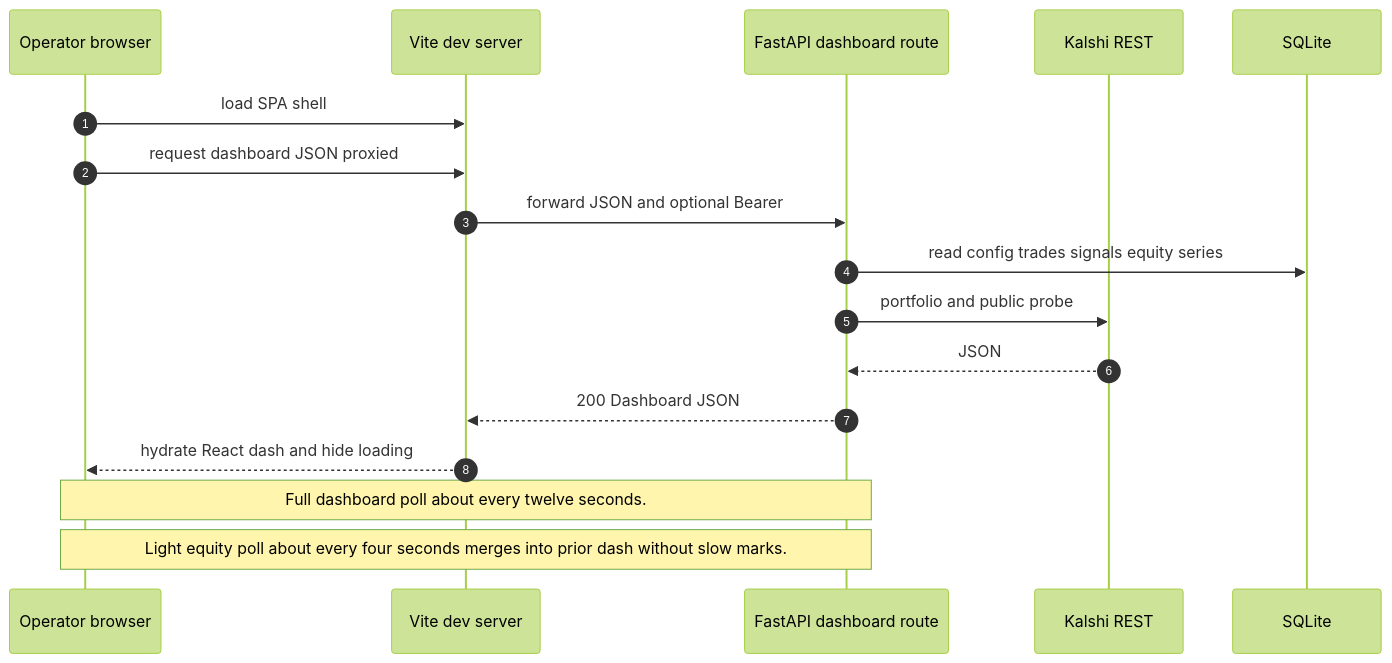
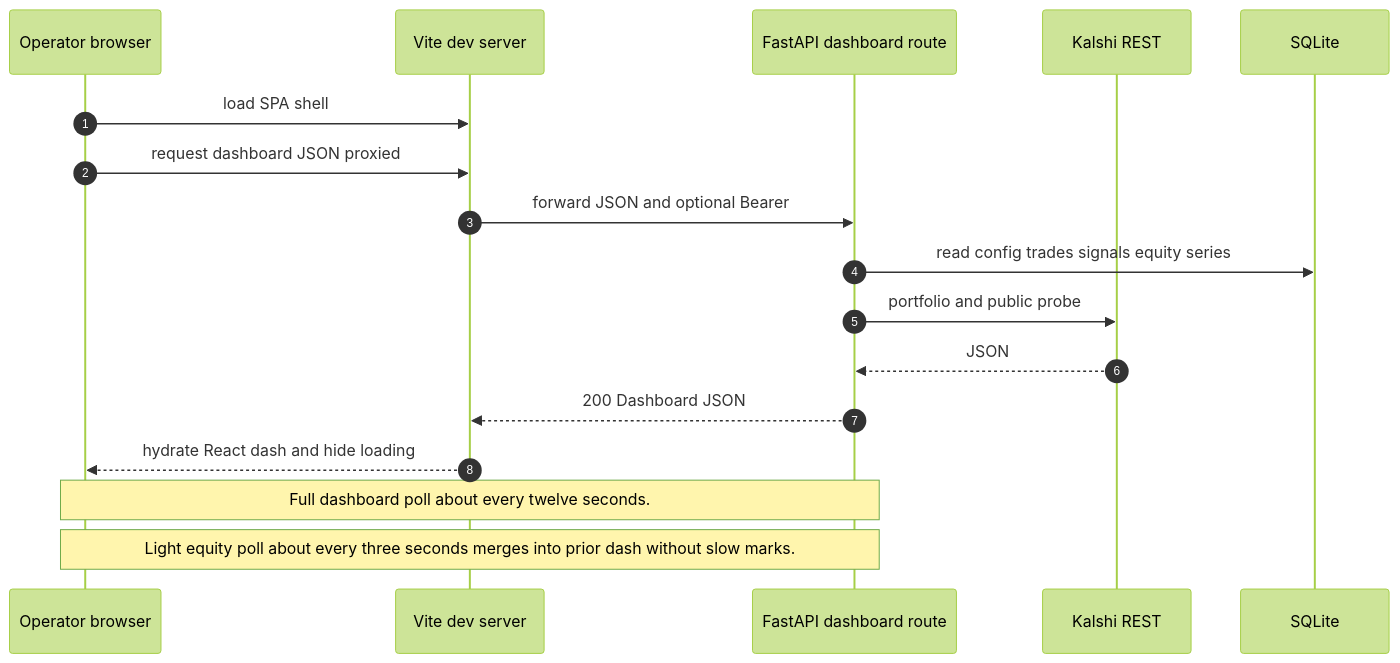
One commit to czyzem-stack/kalshibot changed the first of 10 diagrams in README.md. Above: the diagram before and after it, drawn with Mermaid (forest theme). The commit also changed other lines of this file and 18 other files, not shown here.

````diff
--- a/README.md
+++ b/README.md
@@ -201,21 +205,21 @@
 ```mermaid
 sequenceDiagram
   autonumber
   participant U as Operator browser
   participant V as Vite dev server
   participant A as FastAPI dashboard route
   participant K as Kalshi REST
   participant S as SQLite
 
   U->>V: load SPA shell
   U->>V: request dashboard JSON proxied
   V->>A: forward JSON and optional Bearer
   A->>S: read config trades signals equity series
   A->>K: portfolio and public probe
   K-->>A: JSON
   A-->>V: 200 Dashboard JSON
   V-->>U: hydrate React dash and hide loading
 
   Note over U,A: Full dashboard poll about every twelve seconds.
-  Note over U,A: Light equity poll about every four seconds merges into prior dash without slow marks.
+  Note over U,A: Light equity poll about every three seconds merges into prior dash without slow marks.
 ```
````
